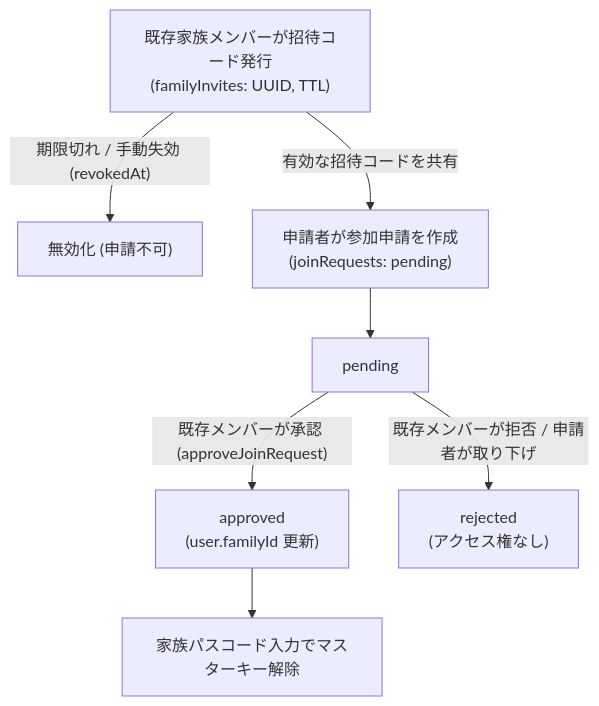
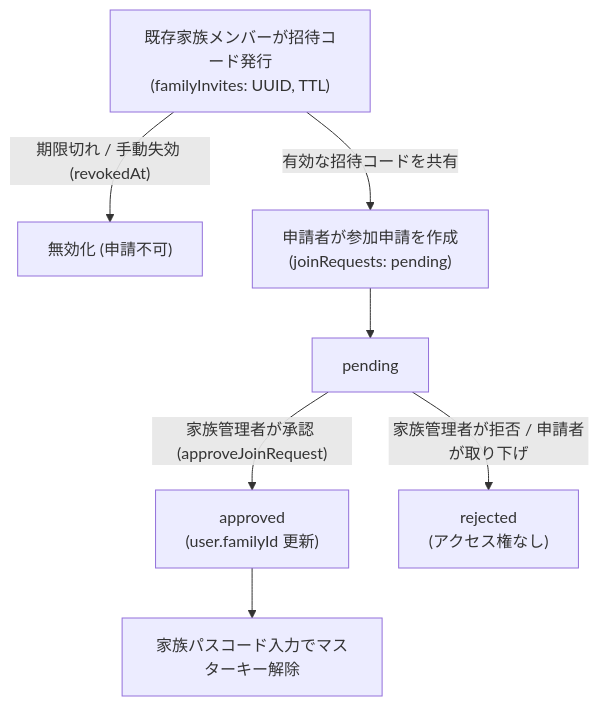
One commit to luthpg/poohma changed the second of 7 diagrams in .ai/domain.md. Above: the diagram before and after it, drawn with Mermaid. The commit also changed other lines of this file and 25 other files, not shown here.

````diff
--- a/.ai/domain.md
+++ b/.ai/domain.md
@@ -38,12 +38,12 @@
 ```mermaid
 flowchart TD
     Issue["既存家族メンバーが招待コード発行<br/>(familyInvites: UUID, TTL)"]
     Issue -->|"期限切れ / 手動失効 (revokedAt)"| Invalid["無効化 (申請不可)"]
     Issue -->|"有効な招待コードを共有"| Apply["申請者が参加申請を作成<br/>(joinRequests: pending)"]
     
     Apply --> Pending["pending"]
-    Pending -->|"既存メンバーが承認 (approveJoinRequest)"| Approved["approved<br/>(user.familyId 更新)"]
-    Pending -->|"既存メンバーが拒否 / 申請者が取り下げ"| Rejected["rejected<br/>(アクセス権なし)"]
+    Pending -->|"家族管理者が承認 (approveJoinRequest)"| Approved["approved<br/>(user.familyId 更新)"]
+    Pending -->|"家族管理者が拒否 / 申請者が取り下げ"| Rejected["rejected<br/>(アクセス権なし)"]
     
     Approved --> Unlock["家族パスコード入力でマスターキー解除"]
 ```
````
